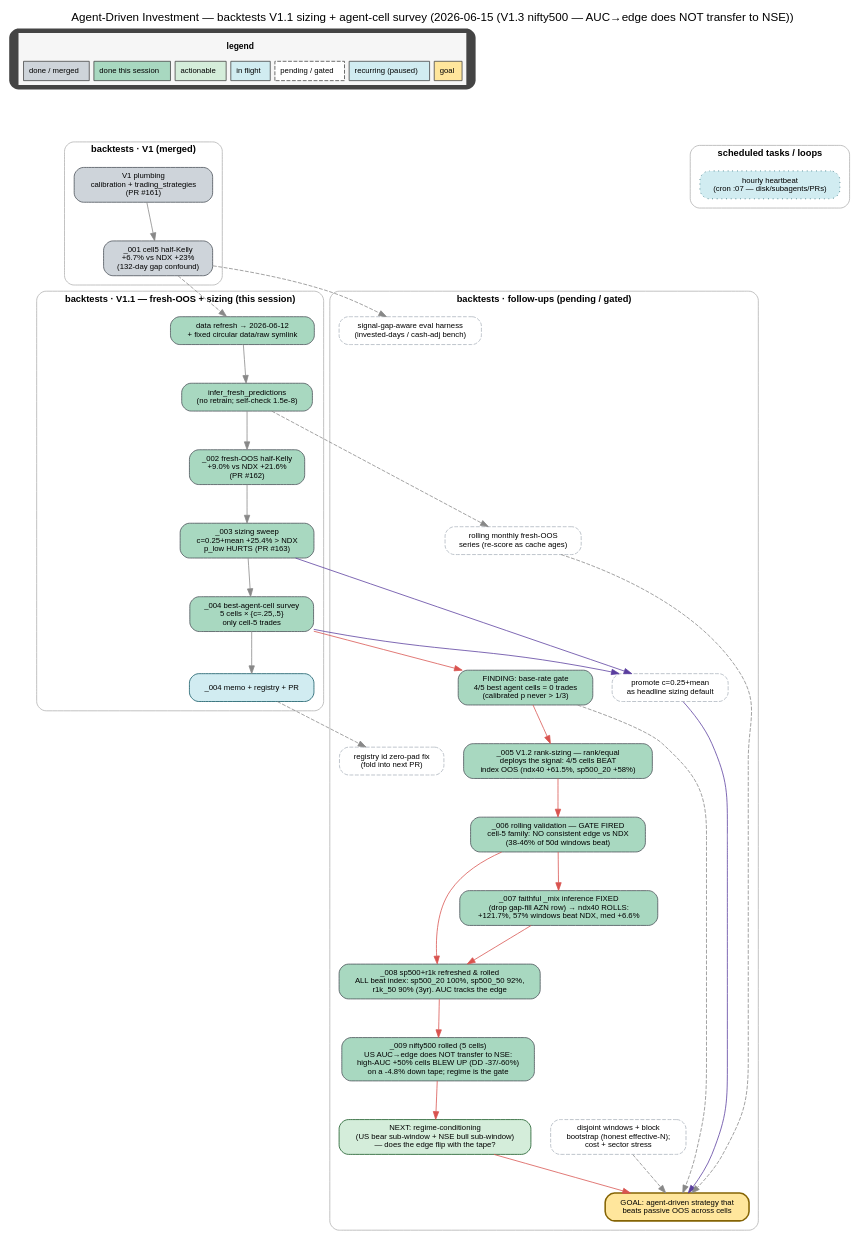
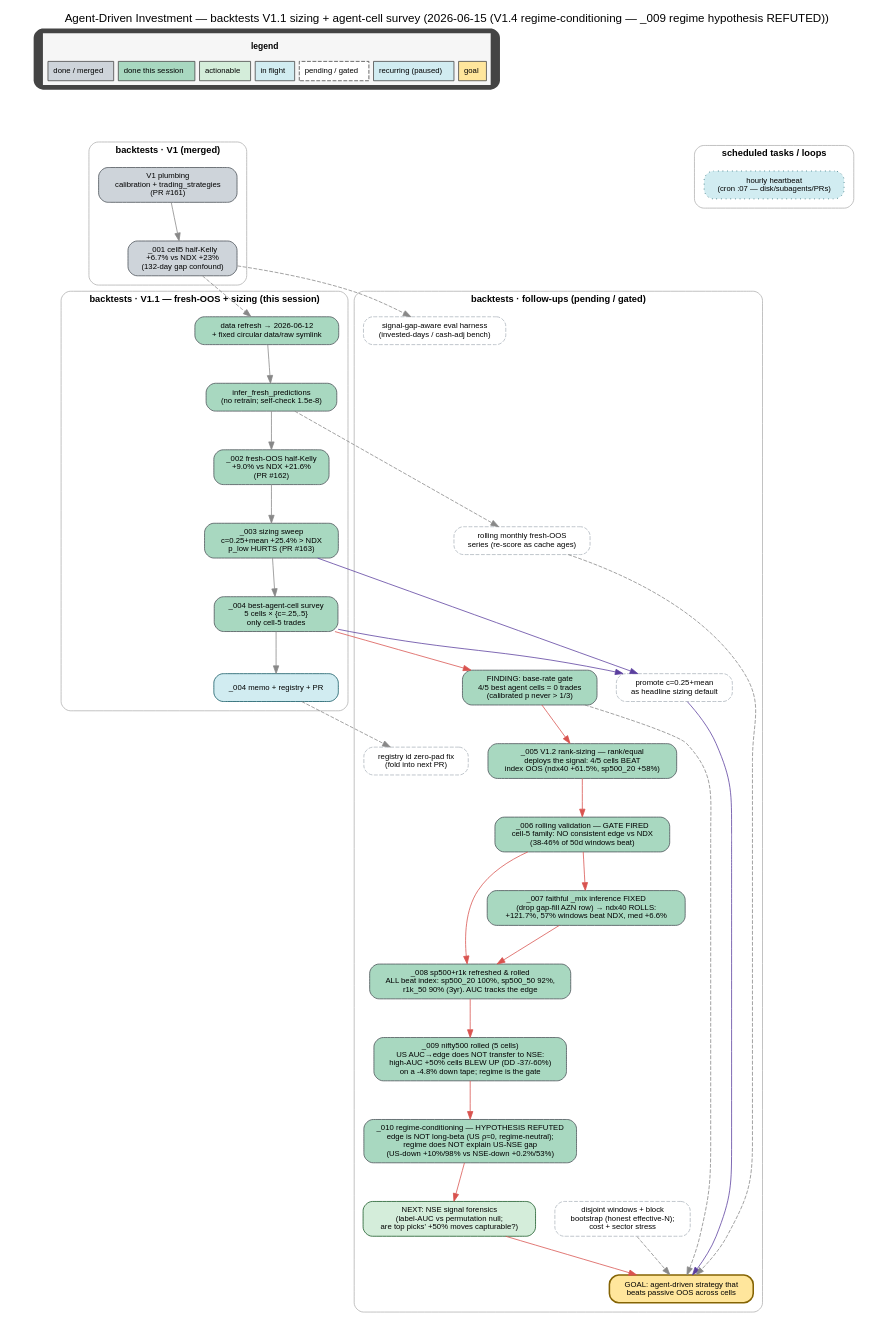
Before and after one commit to shayanrc/agent-driven-investment: the diagram in docs/backtests/figs/deps_graph.dot, drawn with Graphviz. The commit also changed 9 other files, not shown here.

First line of the commit message:
backtests: regime-conditioning REFUTES the _009 regime hypothesis (_010)

```diff
--- a/docs/backtests/figs/deps_graph.dot
+++ b/docs/backtests/figs/deps_graph.dot
@@ -1,102 +1,104 @@
 digraph deps {
   rankdir=TB;
   newrank=true;
   graph [fontname="Helvetica", bgcolor="white", splines=true, nodesep=0.35, ranksep=0.7,
          labelloc="t", fontsize=15,
-         label="Agent-Driven Investment — backtests V1.1 sizing + agent-cell survey (2026-06-15 (V1.3 nifty500 — AUC→edge does NOT transfer to NSE))"];
+         label="Agent-Driven Investment — backtests V1.1 sizing + agent-cell survey (2026-06-15 (V1.4 regime-conditioning — _009 regime hypothesis REFUTED))"];
   node [shape=box, style="rounded,filled", fontname="Helvetica", fontsize=10, margin="0.16,0.09", color="#444444"];
   edge [fontname="Helvetica", fontsize=8, color="#888888"];
 
   /* ---------- legend ---------- */
   legend [shape=plaintext, label=<
     <TABLE BORDER="0" CELLBORDER="1" CELLSPACING="6" CELLPADDING="6" BGCOLOR="#f6f6f6">
       <TR><TD COLSPAN="7" BORDER="0"><FONT FACE="Helvetica" POINT-SIZE="11"><B>legend</B></FONT></TD></TR>
       <TR>
         <TD BGCOLOR="#ced4da"><FONT FACE="Helvetica" POINT-SIZE="10">done / merged</FONT></TD>
         <TD BGCOLOR="#a8d8c0"><FONT FACE="Helvetica" POINT-SIZE="10">done this session</FONT></TD>
         <TD BGCOLOR="#d4edda"><FONT FACE="Helvetica" POINT-SIZE="10">actionable</FONT></TD>
         <TD BGCOLOR="#d1ecf1"><FONT FACE="Helvetica" POINT-SIZE="10">in flight</FONT></TD>
         <TD BGCOLOR="#ffffff" STYLE="dashed"><FONT FACE="Helvetica" POINT-SIZE="10">pending / gated</FONT></TD>
         <TD BGCOLOR="#d1ecf1"><FONT FACE="Helvetica" POINT-SIZE="10">recurring (paused)</FONT></TD>
         <TD BGCOLOR="#ffe69c"><FONT FACE="Helvetica" POINT-SIZE="10">goal</FONT></TD>
       </TR>
     </TABLE>
   >];
   spacer_L [shape=point, width=0.01, style=invis];
   spacer_C [shape=point, width=0.01, style=invis];
   spacer_R [shape=point, width=0.01, style=invis];
   {rank=min;  legend;}
   {rank=same; spacer_L; spacer_C; spacer_R;}
   legend -> spacer_L [style=invis, weight=1];
   legend -> spacer_C [style=invis, weight=100];
   legend -> spacer_R [style=invis, weight=1];
 
   /* ---------- cluster: V1 (merged) ---------- */
   subgraph cluster_v1 { label="backtests · V1 (merged)"; labelloc="t"; fontsize=12; fontname="Helvetica-Bold"; style="rounded"; color="#b0b0b0"; margin=12;
     PLUMBING [label="V1 plumbing\ncalibration + trading_strategies\n(PR #161)", fillcolor="#ced4da", color="#495057"];
     M001 [label="_001 cell5 half-Kelly\n+6.7% vs NDX +23%\n(132-day gap confound)", fillcolor="#ced4da", color="#495057"];
   }
 
   /* ---------- cluster: V1.1 this session ---------- */
   subgraph cluster_session { label="backtests · V1.1 — fresh-OOS + sizing (this session)"; labelloc="t"; fontsize=12; fontname="Helvetica-Bold"; style="rounded"; color="#b0b0b0"; margin=12;
     REFRESH [label="data refresh → 2026-06-12\n+ fixed circular data/raw symlink", fillcolor="#a8d8c0", color="#495057"];
     INFER [label="infer_fresh_predictions\n(no retrain; self-check 1.5e-8)", fillcolor="#a8d8c0", color="#495057"];
     M002 [label="_002 fresh-OOS half-Kelly\n+9.0% vs NDX +21.6%\n(PR #162)", fillcolor="#a8d8c0", color="#495057"];
     M003 [label="_003 sizing sweep\nc=0.25+mean +25.4% > NDX\np_low HURTS (PR #163)", fillcolor="#a8d8c0", color="#495057"];
     M004 [label="_004 best-agent-cell survey\n5 cells × {c=.25,.5}\nonly cell-5 trades", fillcolor="#a8d8c0", color="#495057"];
     M004DOC [label="_004 memo + registry + PR", fillcolor="#d1ecf1", color="#0c5460"];
   }
 
   /* ---------- cluster: follow-ups (pending) ---------- */
   subgraph cluster_follow { label="backtests · follow-ups (pending / gated)"; labelloc="t"; fontsize=12; fontname="Helvetica-Bold"; style="rounded"; color="#b0b0b0"; margin=12;
     PROMOTE [label="promote c=0.25+mean\nas headline sizing default", fillcolor="#ffffff", color="#adb5bd", style="rounded,filled,dashed"];
     BREAKEVEN [label="FINDING: base-rate gate\n4/5 best agent cells = 0 trades\n(calibrated p never > 1/3)", fillcolor="#a8d8c0", color="#495057"];
     RANKSIZE [label="_005 V1.2 rank-sizing — rank/equal\ndeploys the signal: 4/5 cells BEAT\nindex OOS (ndx40 +61.5%, sp500_20 +58%)", fillcolor="#a8d8c0", color="#495057"];
     ROLLVAL [label="_006 rolling validation — GATE FIRED\ncell-5 family: NO consistent edge vs NDX\n(38-46% of 50d windows beat)", fillcolor="#a8d8c0", color="#495057"];
     FAITHFUL [label="_007 faithful _mix inference FIXED\n(drop gap-fill AZN row) → ndx40 ROLLS:\n+121.7%, 57% windows beat NDX, med +6.6%", fillcolor="#a8d8c0", color="#495057"];
     UNIREFRESH [label="_008 sp500+r1k refreshed & rolled\nALL beat index: sp500_20 100%, sp500_50 92%,\nr1k_50 90% (3yr). AUC tracks the edge", fillcolor="#a8d8c0", color="#495057"];
     NIFTY [label="_009 nifty500 rolled (5 cells)\nUS AUC→edge does NOT transfer to NSE:\nhigh-AUC +50% cells BLEW UP (DD -37/-60%)\non a -4.8% down tape; regime is the gate", fillcolor="#a8d8c0", color="#495057"];
-    REGIME [label="NEXT: regime-conditioning\n(US bear sub-window + NSE bull sub-window)\n— does the edge flip with the tape?", fillcolor="#d4edda", color="#155724"];
+    REGIME [label="_010 regime-conditioning — HYPOTHESIS REFUTED\nedge is NOT long-beta (US ρ≈0, regime-neutral);\nregime does NOT explain US-NSE gap\n(US-down +10%/98% vs NSE-down +0.2%/53%)", fillcolor="#a8d8c0", color="#495057"];
+    FORENSICS [label="NEXT: NSE signal forensics\n(label-AUC vs permutation null;\nare top picks' +50% moves capturable?)", fillcolor="#d4edda", color="#155724"];
     BOOTSTRAP [label="disjoint windows + block\nbootstrap (honest effective-N);\ncost + sector stress", fillcolor="#ffffff", color="#adb5bd", style="rounded,filled,dashed"];
     ROLLING [label="rolling monthly fresh-OOS\nseries (re-score as cache ages)", fillcolor="#ffffff", color="#adb5bd", style="rounded,filled,dashed"];
     GAPEVAL [label="signal-gap-aware eval harness\n(invested-days / cash-adj bench)", fillcolor="#ffffff", color="#adb5bd", style="rounded,filled,dashed"];
     IDFIX [label="registry id zero-pad fix\n(fold into next PR)", fillcolor="#ffffff", color="#adb5bd", style="rounded,filled,dashed"];
     GOAL [label="GOAL: agent-driven strategy that\nbeats passive OOS across cells", fillcolor="#ffe69c", color="#856404", penwidth=2];
   }
 
   /* ---------- cluster: scheduled ---------- */
   subgraph cluster_sched { label="scheduled tasks / loops"; labelloc="t"; fontsize=12; fontname="Helvetica-Bold"; style="rounded"; color="#b0b0b0"; margin=12;
     WAKE [label="hourly heartbeat\n(cron :07 — disk/subagents/PRs)", fillcolor="#d1ecf1", color="#0c5460", style="rounded,filled,dotted"];
   }
 
   /* anchors: every cluster top node pulled from a spacer */
   spacer_L -> PLUMBING [style=invis, weight=100];
   spacer_C -> REFRESH  [style=invis, weight=100];
   spacer_R -> PROMOTE  [style=invis, weight=100];
   spacer_R -> WAKE     [style=invis, weight=20];
 
   /* ---------- dependency edges ---------- */
   PLUMBING -> M001;
   M001 -> REFRESH [style=dashed];
   REFRESH -> INFER -> M002 -> M003;
   M003 -> M004;
   M004 -> M004DOC;
   M003 -> PROMOTE [color="#5a3e9e"];
   M004 -> PROMOTE [color="#5a3e9e"];
   M004 -> BREAKEVEN [color="#d9534f"];
   BREAKEVEN -> RANKSIZE [color="#d9534f"];
   RANKSIZE -> ROLLVAL [color="#d9534f"];
   ROLLVAL -> FAITHFUL [color="#d9534f"];
   ROLLVAL -> UNIREFRESH [color="#d9534f"];
   FAITHFUL -> UNIREFRESH [color="#d9534f"];
   UNIREFRESH -> NIFTY [color="#d9534f"];
   NIFTY -> REGIME [color="#d9534f"];
-  REGIME -> GOAL [color="#d9534f"];
+  REGIME -> FORENSICS [color="#d9534f"];
+  FORENSICS -> GOAL [color="#d9534f"];
   BOOTSTRAP -> GOAL [style=dashed];
   INFER -> ROLLING [style=dashed];
   M001 -> GAPEVAL [style=dashed];
   M004DOC -> IDFIX [style=dashed];
   PROMOTE -> GOAL [color="#5a3e9e"];
   ROLLING -> GOAL [style=dashed];
   BREAKEVEN -> GOAL [style=dashed];
 }
```
